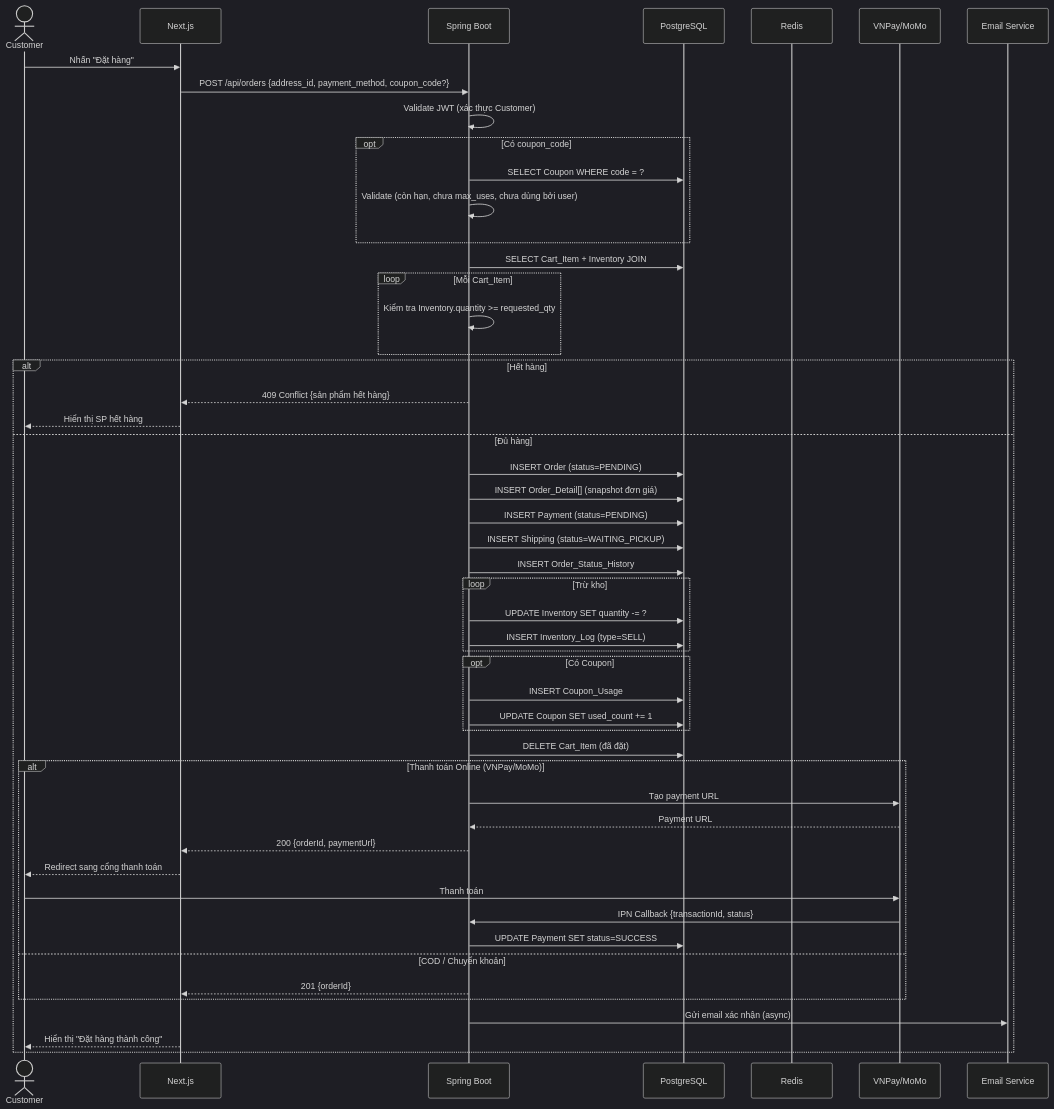
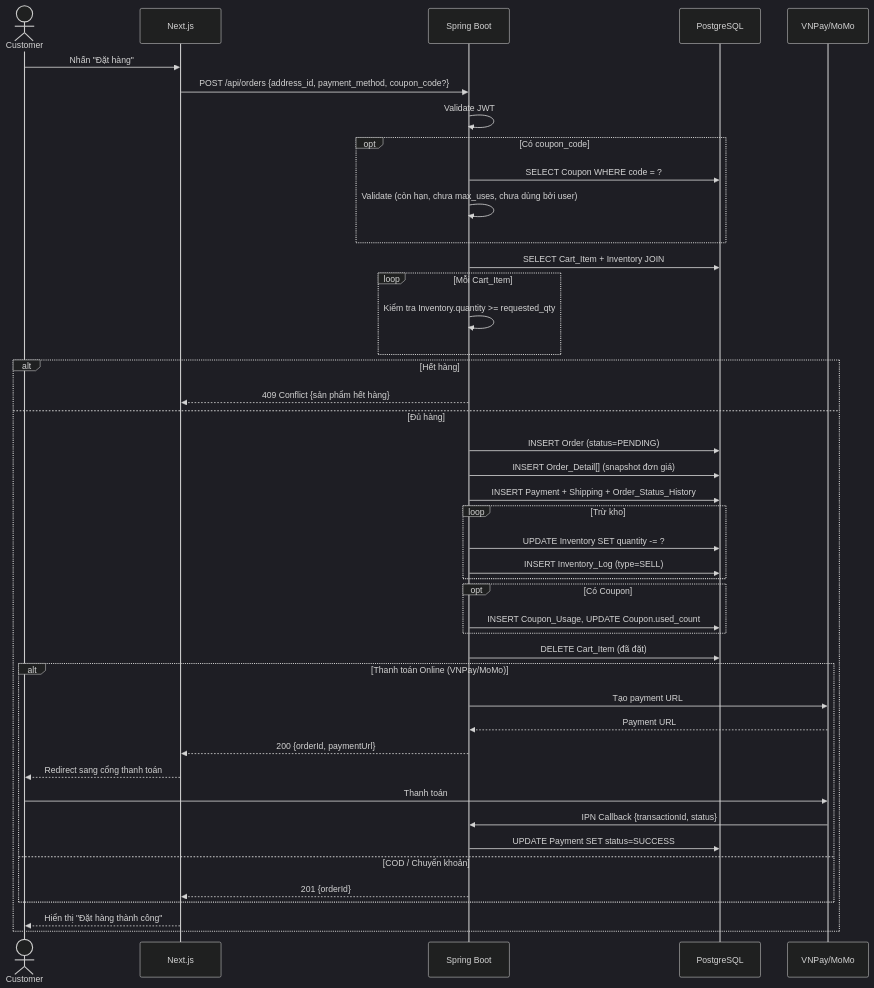
One commit to huuhieu56/PC-Parts-ECommerce changed diagram 15 of 35 in docs/design.md. Above: the diagram before and after it, drawn with Mermaid (dark theme). The commit also changed other lines of this file and 1 other file, not shown here.

````diff
--- a/docs/design.md
+++ b/docs/design.md
@@ -411,63 +1058,55 @@
 ```mermaid
 sequenceDiagram
     actor Customer
     participant FE as Next.js
     participant BE as Spring Boot
     participant DB as PostgreSQL
-    participant Cache as Redis
     participant Pay as VNPay/MoMo
-    participant Email as Email Service
 
     Customer->>FE: Nhấn "Đặt hàng"
     FE->>BE: POST /api/orders {address_id, payment_method, coupon_code?}
-    
-    BE->>BE: Validate JWT (xác thực Customer)
-    
+    BE->>BE: Validate JWT
+
     opt Có coupon_code
         BE->>DB: SELECT Coupon WHERE code = ?
         BE->>BE: Validate (còn hạn, chưa max_uses, chưa dùng bởi user)
     end
 
     BE->>DB: SELECT Cart_Item + Inventory JOIN
     loop Mỗi Cart_Item
         BE->>BE: Kiểm tra Inventory.quantity >= requested_qty
     end
 
     alt Hết hàng
         BE-->>FE: 409 Conflict {sản phẩm hết hàng}
-        FE-->>Customer: Hiển thị SP hết hàng
     else Đủ hàng
         BE->>DB: INSERT Order (status=PENDING)
         BE->>DB: INSERT Order_Detail[] (snapshot đơn giá)
-        BE->>DB: INSERT Payment (status=PENDING)
-        BE->>DB: INSERT Shipping (status=WAITING_PICKUP)
-        BE->>DB: INSERT Order_Status_History
+        BE->>DB: INSERT Payment + Shipping + Order_Status_History
 
         loop Trừ kho
             BE->>DB: UPDATE Inventory SET quantity -= ?
             BE->>DB: INSERT Inventory_Log (type=SELL)
         end
 
         opt Có Coupon
-            BE->>DB: INSERT Coupon_Usage
-            BE->>DB: UPDATE Coupon SET used_count += 1
+            BE->>DB: INSERT Coupon_Usage, UPDATE Coupon.used_count
         end
 
         BE->>DB: DELETE Cart_Item (đã đặt)
 
         alt Thanh toán Online (VNPay/MoMo)
             BE->>Pay: Tạo payment URL
             Pay-->>BE: Payment URL
             BE-->>FE: 200 {orderId, paymentUrl}
             FE-->>Customer: Redirect sang cổng thanh toán
             Customer->>Pay: Thanh toán
             Pay->>BE: IPN Callback {transactionId, status}
             BE->>DB: UPDATE Payment SET status=SUCCESS
         else COD / Chuyển khoản
             BE-->>FE: 201 {orderId}
         end
 
-        BE->>Email: Gửi email xác nhận (async)
         FE-->>Customer: Hiển thị "Đặt hàng thành công"
     end
 ```
````
